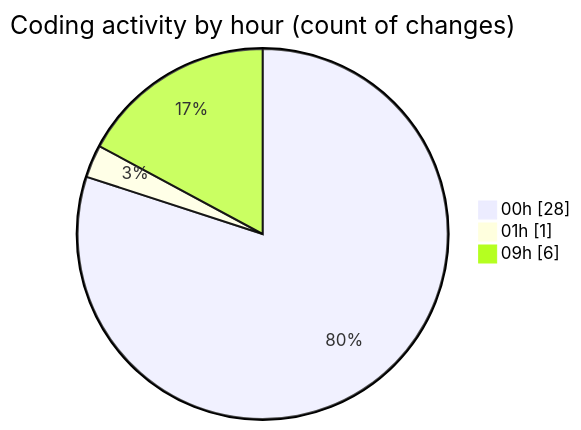
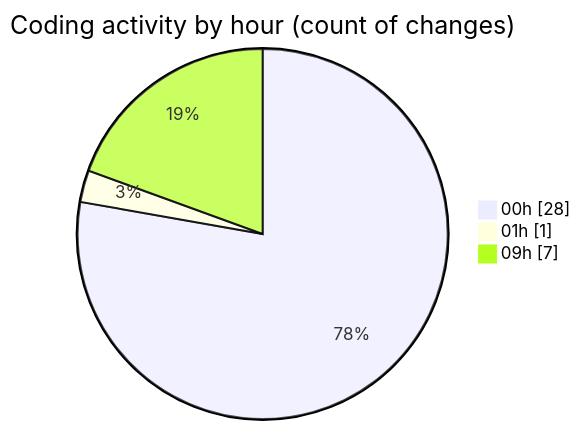
One commit to Elitesun/code-tracking changed the second of 2 diagrams in 2025-05-24/elitesun/README.md. Above: the diagram before and after it, drawn with Mermaid. The commit also changed other lines of this file and 1 other file, not shown here.

````diff
--- a/2025-05-24/elitesun/README.md
+++ b/2025-05-24/elitesun/README.md
@@ -40,7 +40,7 @@
 ```mermaid
 pie showData
 title Coding activity by hour (count of changes)
 "00h" : 28
 "01h" : 1
-"09h" : 6
+"09h" : 7
 ```
````
